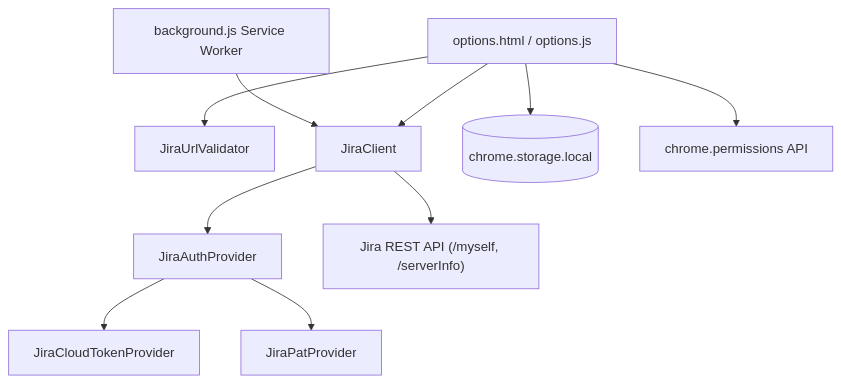
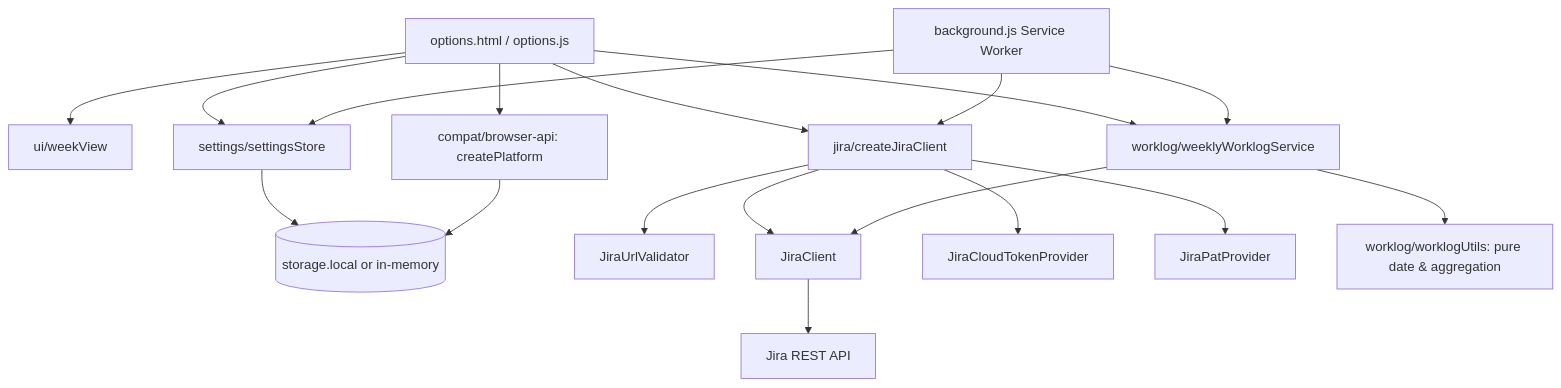
Before and after one commit to 0xlsa/jira-timesheet: the diagram in README.md, drawn with Mermaid. The commit also changed other lines of this file and 17 other files, not shown here.

````diff
--- a/README.md
+++ b/README.md
@@ -53,14 +53,21 @@
 ```mermaid
 graph TD
-  UI[options.html / options.js] --> Validator[JiraUrlValidator]
-  UI --> Client[JiraClient]
-  UI --> Storage[(chrome.storage.local)]
-  UI --> Permissions[chrome.permissions API]
+  UI[options.html / options.js] --> WeekView[ui/weekView]
+  UI --> Store[settings/settingsStore]
+  UI --> Factory[jira/createJiraClient]
+  UI --> Service[worklog/weeklyWorklogService]
+  UI --> Platform[compat/browser-api: createPlatform]
+  Background[background.js Service Worker] --> Store
+  Background --> Factory
+  Background --> Service
 
-  Client --> ProviderBase[JiraAuthProvider]
-  ProviderBase --> CloudProvider[JiraCloudTokenProvider]
-  ProviderBase --> PatProvider[JiraPatProvider]
-
-  Client --> JiraAPI["Jira REST API (/myself, /serverInfo)"]
-  Background[background.js Service Worker] --> Client
+  Store --> Storage[(storage.local or in-memory)]
+  Platform --> Storage
+  Factory --> Validator[JiraUrlValidator]
+  Factory --> Client[JiraClient]
+  Factory --> CloudProvider[JiraCloudTokenProvider]
+  Factory --> PatProvider[JiraPatProvider]
+  Service --> Client
+  Service --> Utils[worklog/worklogUtils: pure date & aggregation]
+  Client --> JiraAPI["Jira REST API"]
 ```
````
